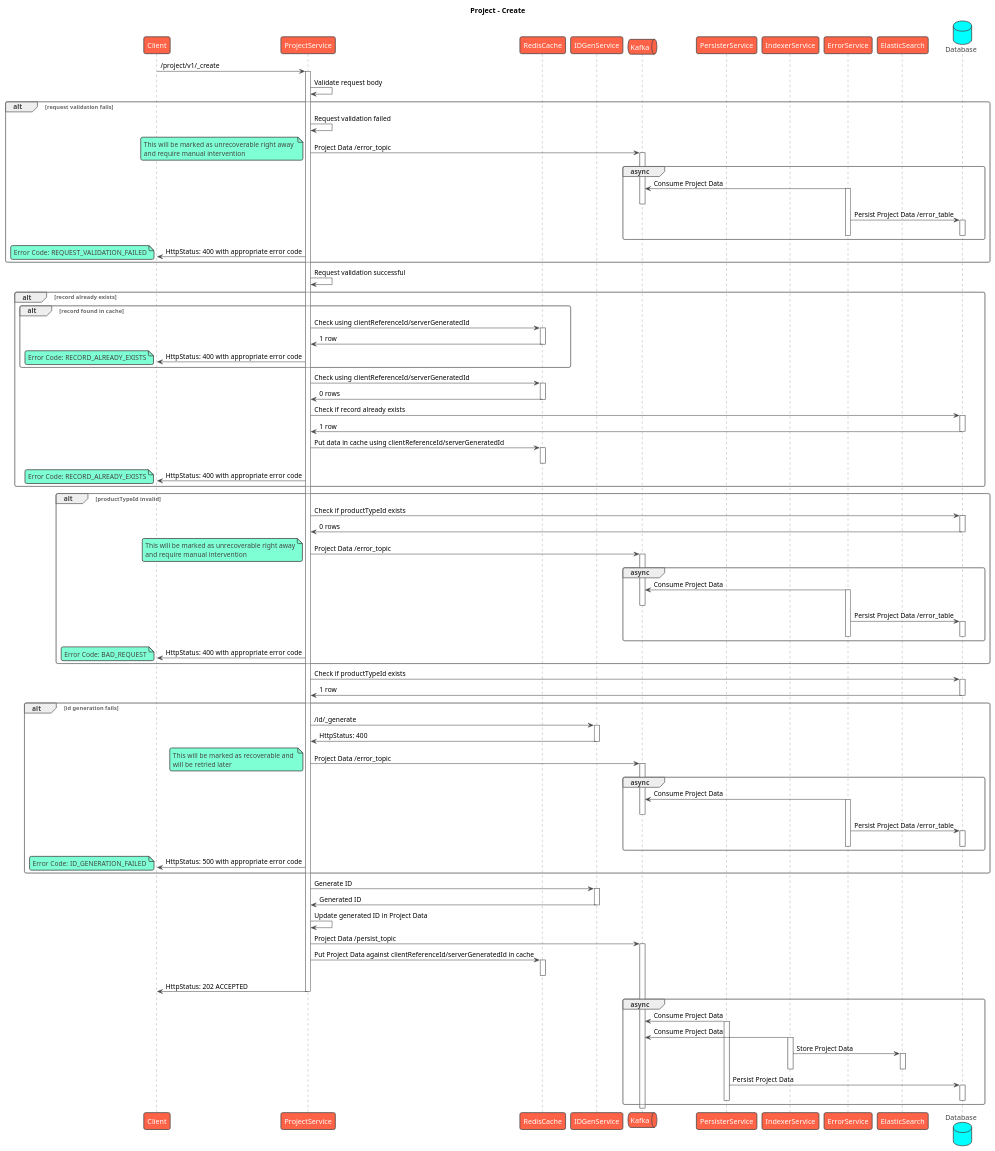
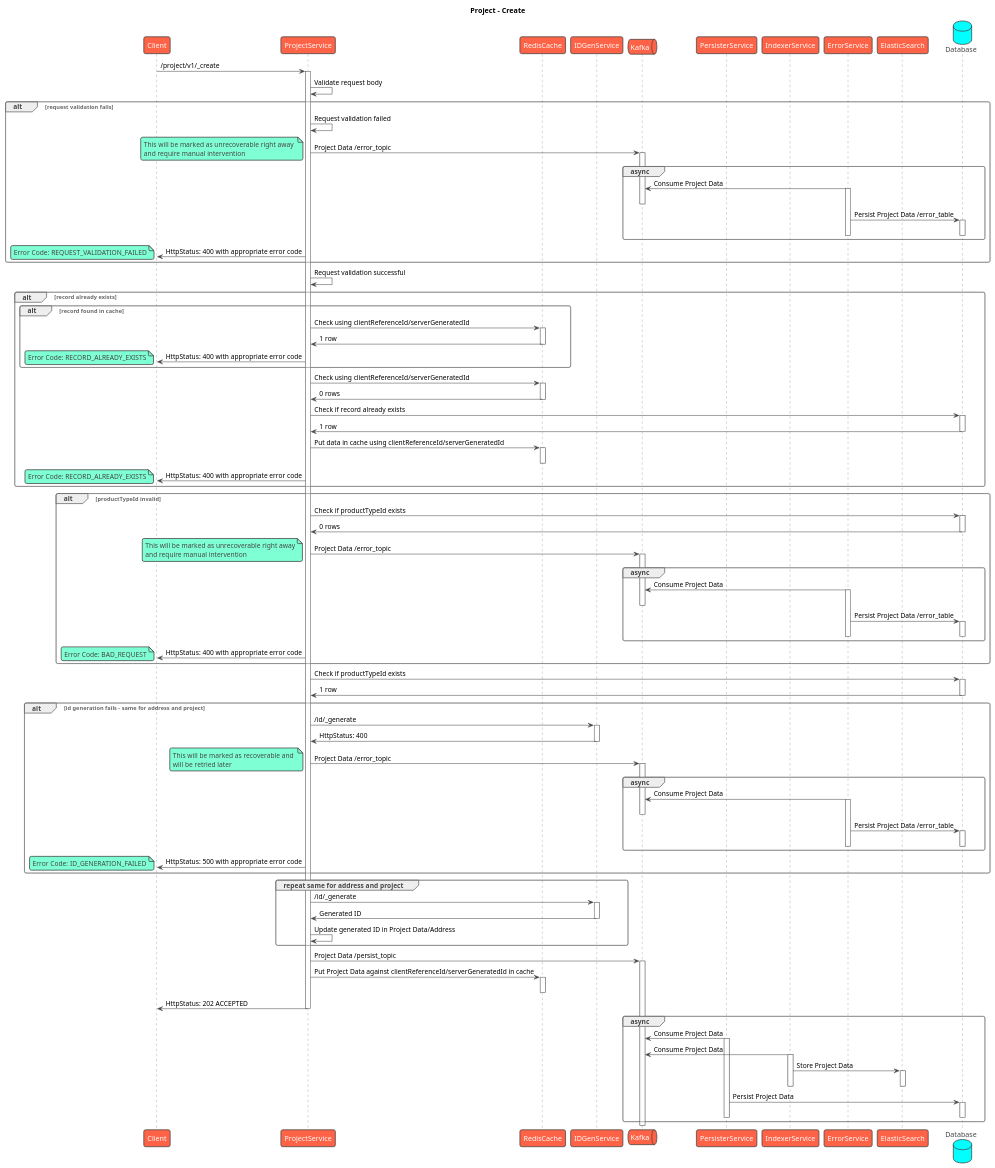
One commit to egovernments/health-api-specs changed the diagram in contracts/project/sequence/create.puml. Above: the diagram before and after it, drawn with PlantUML. The commit also changed 1 other file, not shown here.

Commit message:
Sequence: Updated flows for project create and update

```diff
--- a/contracts/project/sequence/create.puml
+++ b/contracts/project/sequence/create.puml
@@ -1,148 +1,150 @@
 @startuml
 title Project - Create
 !theme vibrant
 participant Client as c
 participant ProjectService as s
 participant RedisCache as rc
 participant IDGenService as idgen
 queue Kafka as k
 participant PersisterService as prs
 participant IndexerService as idx
 participant ErrorService as es
 participant ElasticSearch as el
 database Database as db
 c -> s : /project/v1/_create
 activate s
 s -> s: Validate request body
 alt request validation fails
     s -> s: Request validation failed
     s -> k: Project Data /error_topic
     note left
         This will be marked as unrecoverable right away 
         and require manual intervention
     end note
     activate k
     group async
         es -> k: Consume Project Data
         activate es
         deactivate k
         es -> db: Persist Project Data /error_table
         activate db
         deactivate db
         deactivate es
     end
     s -> c: HttpStatus: 400 with appropriate error code
     note left
       Error Code: REQUEST_VALIDATION_FAILED
     end note
 end
 s -> s: Request validation successful
 alt record already exists
     alt record found in cache
       s -> rc: Check using clientReferenceId/serverGeneratedId
       activate rc
       rc -> s: 1 row
       deactivate rc
       s -> c: HttpStatus: 400 with appropriate error code
       note left
           Error Code: RECORD_ALREADY_EXISTS
       end note
     end
     s -> rc: Check using clientReferenceId/serverGeneratedId
     activate rc
     rc -> s: 0 rows
     deactivate rc
     s -> db: Check if record already exists
     activate db
     db -> s: 1 row
     deactivate db
     s -> rc: Put data in cache using clientReferenceId/serverGeneratedId
     activate rc
     deactivate rc
     s -> c: HttpStatus: 400 with appropriate error code
     note left
         Error Code: RECORD_ALREADY_EXISTS
     end note
 end
 alt productTypeId invalid
     s -> db: Check if productTypeId exists
     activate db
     db -> s: 0 rows
     deactivate db
     s -> k: Project Data /error_topic
     note left
         This will be marked as unrecoverable right away
         and require manual intervention
     end note
     activate k
     group async
         es -> k: Consume Project Data
         activate es
         deactivate k
         es -> db: Persist Project Data /error_table
         activate db
         deactivate db
         deactivate es
     end
     s -> c: HttpStatus: 400 with appropriate error code
     note left
       Error Code: BAD_REQUEST
     end note
 end
 s -> db: Check if productTypeId exists
 activate db
 db -> s: 1 row
 deactivate db
-alt id generation fails
+alt id generation fails - same for address and project
     s -> idgen: /id/_generate
     activate idgen
     idgen -> s: HttpStatus: 400
     deactivate idgen
     s -> k: Project Data /error_topic
     note left
         This will be marked as recoverable and 
         will be retried later
     end note
     activate k
     group async
         es -> k: Consume Project Data
         activate es
         deactivate k
         es -> db: Persist Project Data /error_table
         activate db
         deactivate db
         deactivate es
     end
     s -> c: HttpStatus: 500 with appropriate error code
     note left
       Error Code: ID_GENERATION_FAILED
     end note
 end
-s -> idgen: Generate ID
-activate idgen
-idgen -> s: Generated ID
-deactivate idgen
-s -> s: Update generated ID in Project Data
+group repeat same for address and project
+    s -> idgen: /id/_generate
+    activate idgen
+    idgen -> s: Generated ID
+    deactivate idgen
+    s -> s: Update generated ID in Project Data/Address
+end
 s -> k: Project Data /persist_topic
 activate k
 s -> rc: Put Project Data against clientReferenceId/serverGeneratedId in cache
 activate rc
 deactivate rc
 s -> c: HttpStatus: 202 ACCEPTED
 deactivate s
 group async
     prs -> k: Consume Project Data
     activate prs
     idx -> k: Consume Project Data
     activate idx
     idx -> el: Store Project Data
     activate el
     deactivate el
     deactivate idx
     prs -> db: Persist Project Data
     activate db
     deactivate db
     deactivate prs
 end
 deactivate k
 @enduml
```
